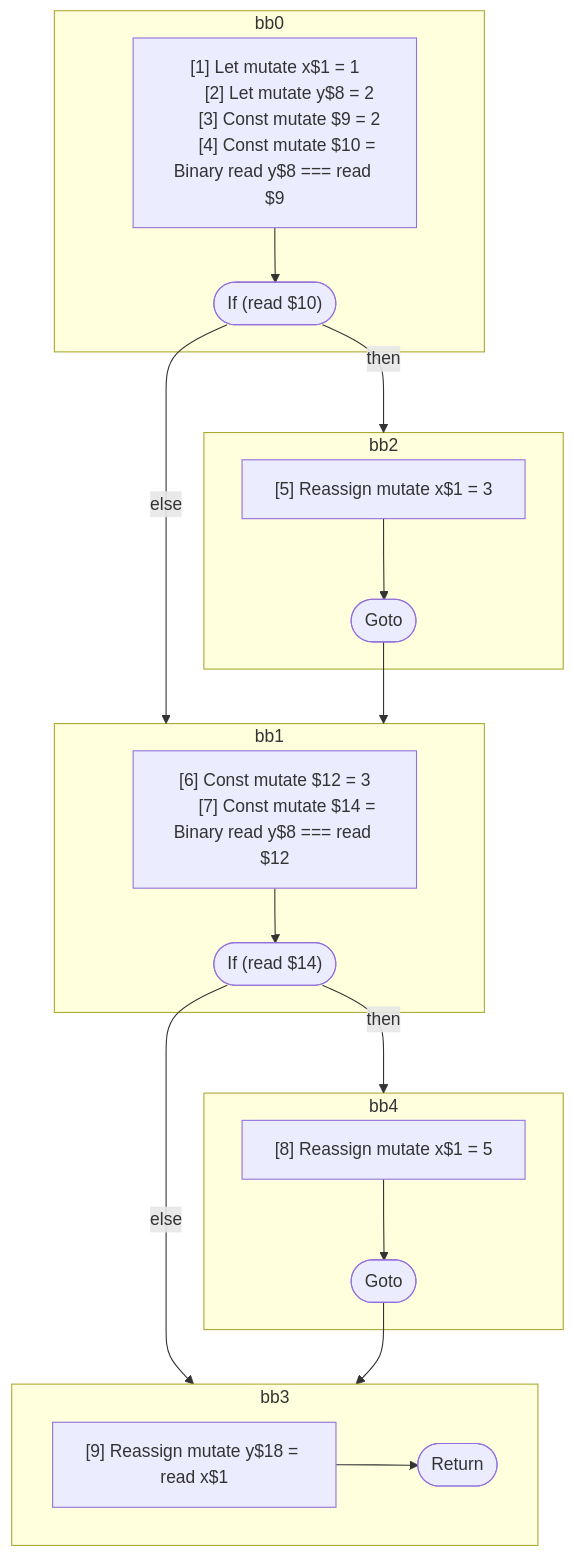
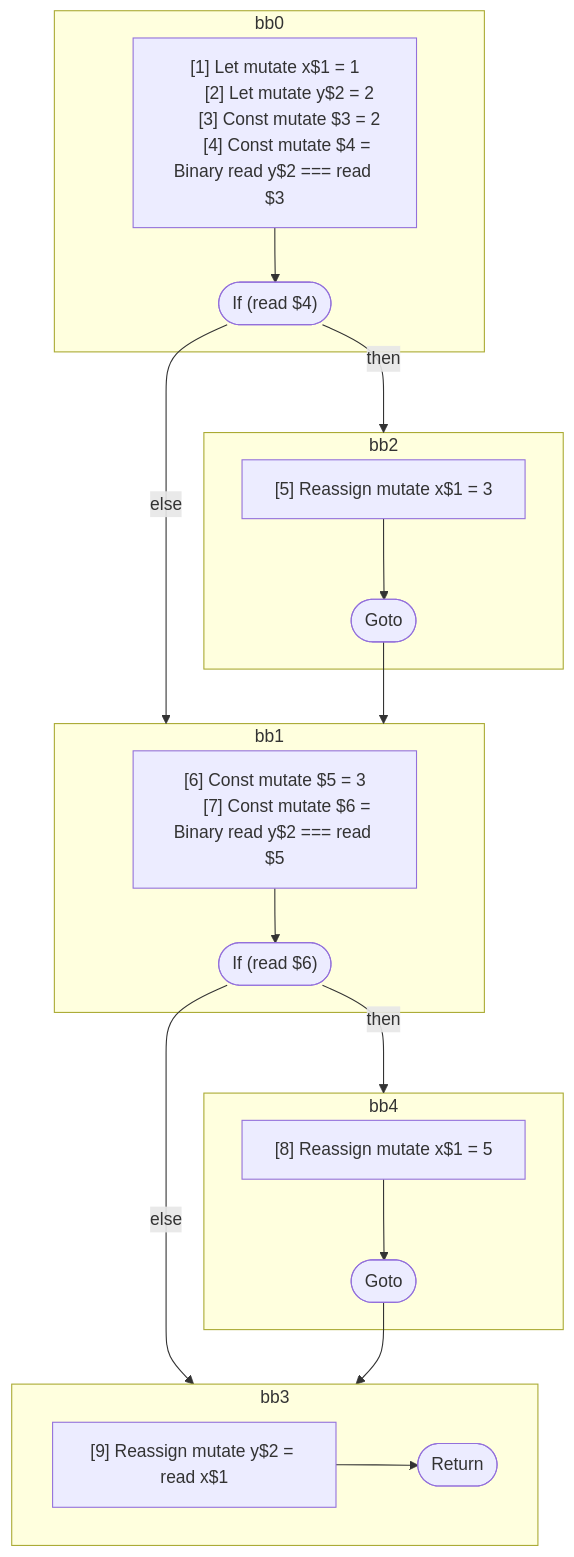
One commit to wutsmog/private changed the diagram in compiler/forget/src/__tests__/fixtures/hir/ssa-complex-multiple-if.expect.md. Above: the diagram before and after it, drawn with Mermaid. The commit also changed other lines of this file and 57 other files, not shown here.

````diff
--- a/compiler/forget/src/__tests__/fixtures/hir/ssa-complex-multiple-if.expect.md
+++ b/compiler/forget/src/__tests__/fixtures/hir/ssa-complex-multiple-if.expect.md
@@ -50,47 +50,47 @@
 ```mermaid
 flowchart TB
   %% Basic Blocks
   subgraph bb0
     bb0_instrs["
       [1] Let mutate x$1 = 1
-      [2] Let mutate y$8 = 2
-      [3] Const mutate $9 = 2
-      [4] Const mutate $10 = Binary read y$8 === read $9
+      [2] Let mutate y$2 = 2
+      [3] Const mutate $3 = 2
+      [4] Const mutate $4 = Binary read y$2 === read $3
     "]
-    bb0_instrs --> bb0_terminal(["If (read $10)"])
+    bb0_instrs --> bb0_terminal(["If (read $4)"])
   end
   subgraph bb2
     bb2_instrs["
       [5] Reassign mutate x$1 = 3
     "]
     bb2_instrs --> bb2_terminal(["Goto"])
   end
   subgraph bb1
     bb1_instrs["
-      [6] Const mutate $12 = 3
-      [7] Const mutate $14 = Binary read y$8 === read $12
+      [6] Const mutate $5 = 3
+      [7] Const mutate $6 = Binary read y$2 === read $5
     "]
-    bb1_instrs --> bb1_terminal(["If (read $14)"])
+    bb1_instrs --> bb1_terminal(["If (read $6)"])
   end
   subgraph bb4
     bb4_instrs["
       [8] Reassign mutate x$1 = 5
     "]
     bb4_instrs --> bb4_terminal(["Goto"])
   end
   subgraph bb3
     bb3_instrs["
-      [9] Reassign mutate y$18 = read x$1
+      [9] Reassign mutate y$2 = read x$1
     "]
     bb3_instrs --> bb3_terminal(["Return"])
   end
 
   %% Jumps
   bb0_terminal -- then --> bb2
   bb0_terminal -- else --> bb1
   bb2_terminal --> bb1
   bb1_terminal -- then --> bb4
   bb1_terminal -- else --> bb3
   bb4_terminal --> bb3
 
 ```
````
